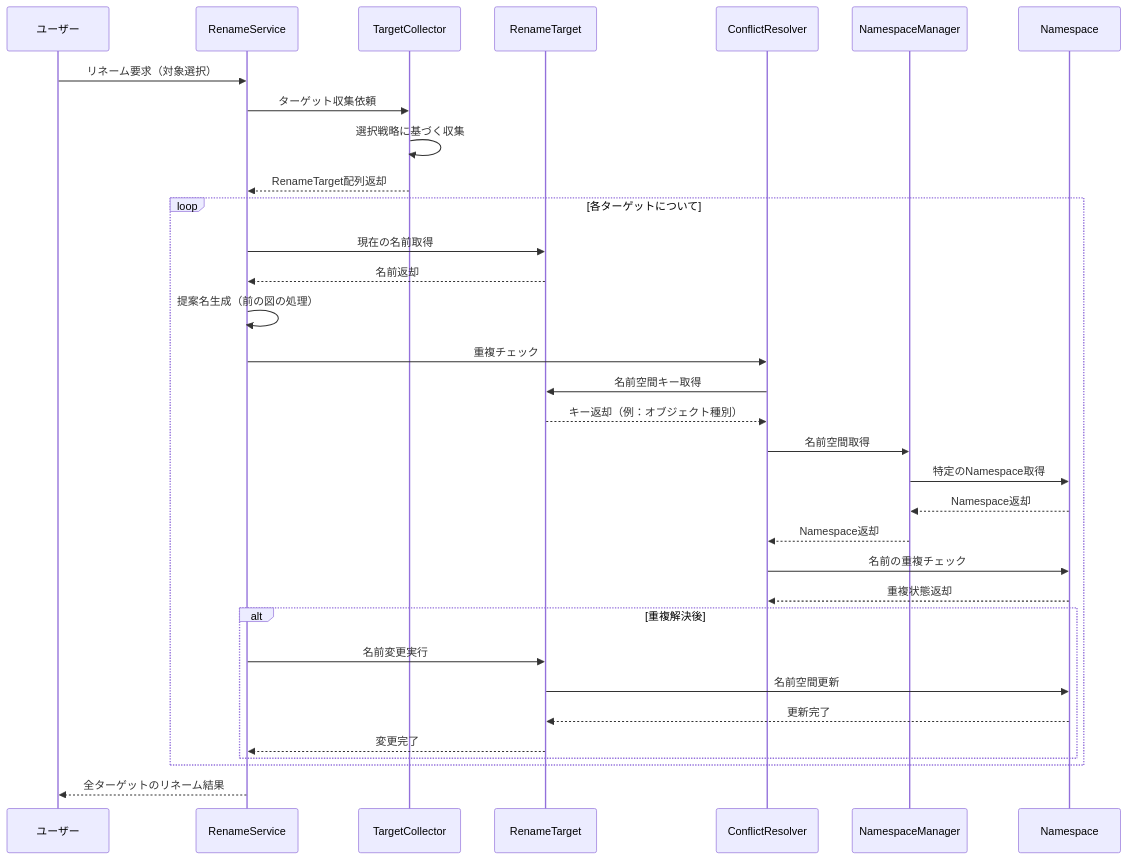
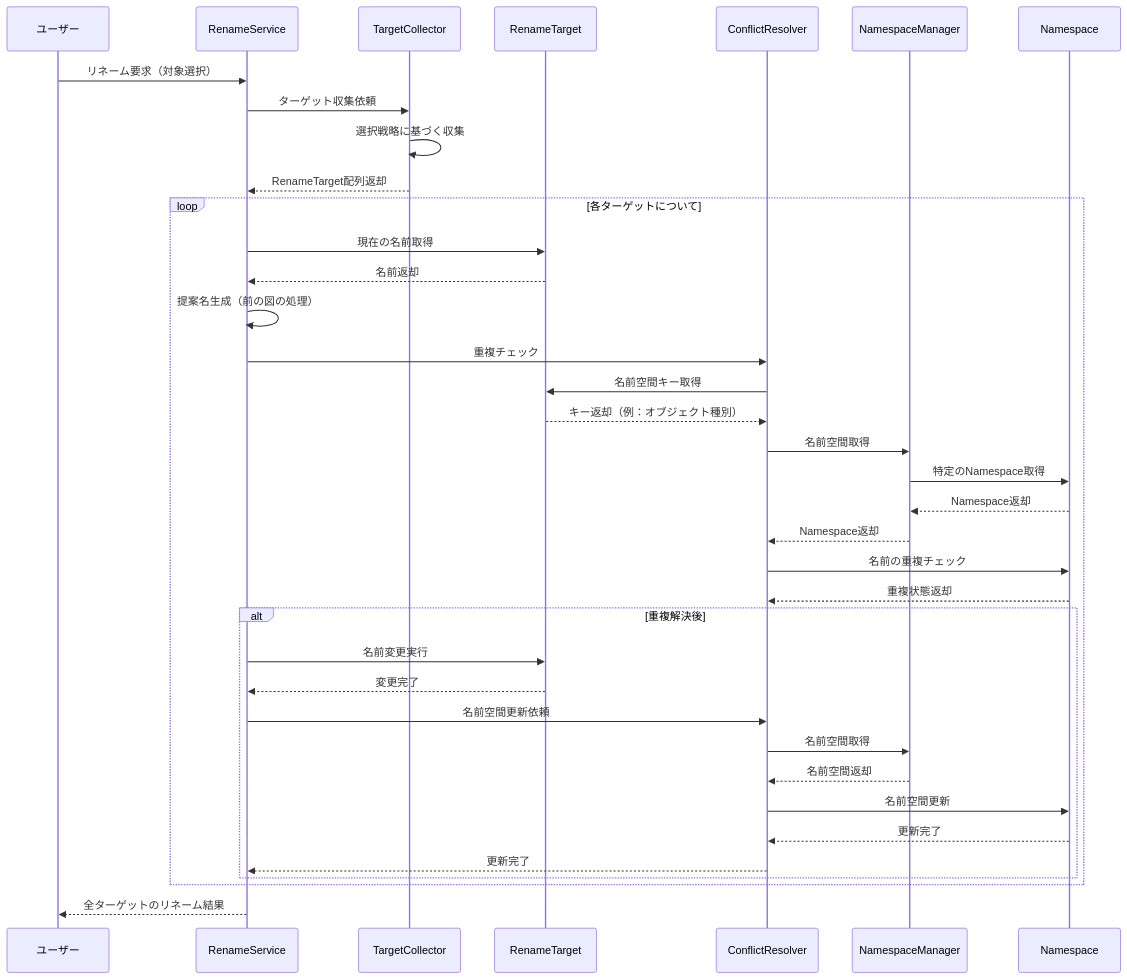
The second of 4 diagrams in docs/source/development/design_notes/class_diagrams.rst (Pluglug/modular-renamer), drawn with Mermaid before and after one commit. The commit also changed other lines of this file, not shown here.

```diff
--- a/docs/source/development/design_notes/class_diagrams.rst
+++ b/docs/source/development/design_notes/class_diagrams.rst
@@ -59,46 +65,51 @@
 .. mermaid::
     :caption: コレクターおよび名前空間のクラス図
     :zoom:
 
     sequenceDiagram
         participant ユーザー
         participant RenameService
         participant TargetCollector
         participant RenameTarget
         participant ConflictResolver
         participant NamespaceManager
         participant Namespace
         
         ユーザー->>RenameService: リネーム要求（対象選択）
         RenameService->>TargetCollector: ターゲット収集依頼
         
         TargetCollector->>TargetCollector: 選択戦略に基づく収集
         TargetCollector-->>RenameService: RenameTarget配列返却
         
         loop 各ターゲットについて
             RenameService->>RenameTarget: 現在の名前取得
             RenameTarget-->>RenameService: 名前返却
             
             RenameService->>RenameService: 提案名生成（前の図の処理）
             
             RenameService->>ConflictResolver: 重複チェック
             ConflictResolver->>RenameTarget: 名前空間キー取得
             RenameTarget-->>ConflictResolver: キー返却（例：オブジェクト種別）
             
             ConflictResolver->>NamespaceManager: 名前空間取得
             NamespaceManager->>Namespace: 特定のNamespace取得
             Namespace-->>NamespaceManager: Namespace返却
             NamespaceManager-->>ConflictResolver: Namespace返却
             
             ConflictResolver->>Namespace: 名前の重複チェック
             Namespace-->>ConflictResolver: 重複状態返却
             
             alt 重複解決後
                 RenameService->>RenameTarget: 名前変更実行
-                RenameTarget->>Namespace: 名前空間更新
-                Namespace-->>RenameTarget: 更新完了
                 RenameTarget-->>RenameService: 変更完了
+                
+                RenameService->>ConflictResolver: 名前空間更新依頼
+                ConflictResolver->>NamespaceManager: 名前空間取得
+                NamespaceManager-->>ConflictResolver: 名前空間返却
+                ConflictResolver->>Namespace: 名前空間更新
+                Namespace-->>ConflictResolver: 更新完了
+                ConflictResolver-->>RenameService: 更新完了
             end
         end
         
         RenameService-->>ユーザー: 全ターゲットのリネーム結果
```
